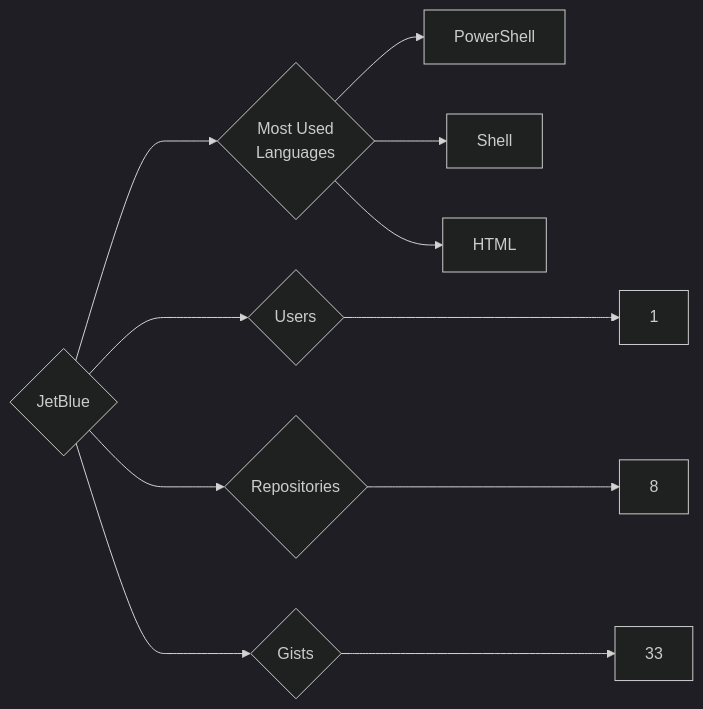
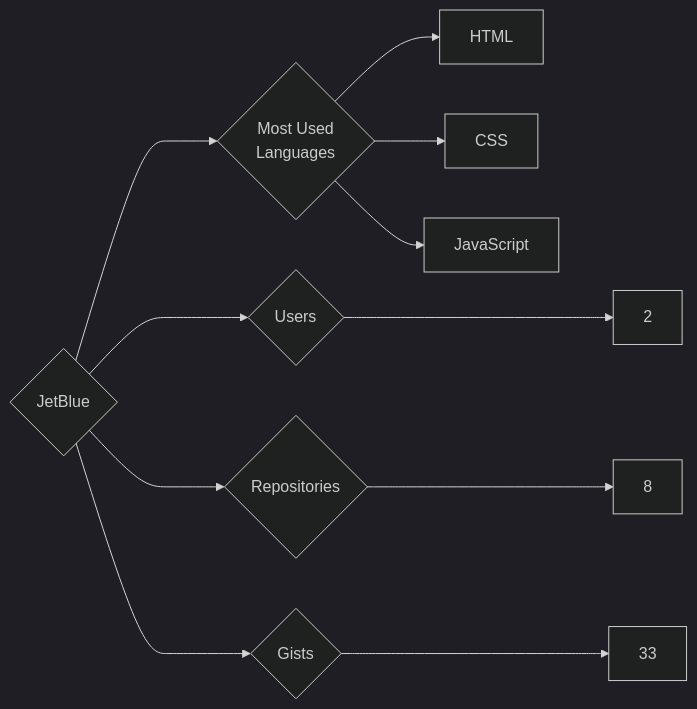
One commit to trickest/insiders changed the diagram in targets/JetBlue/README.md. Above: the diagram before and after it, drawn with Mermaid (dark theme). The commit also changed 681 other files, not shown here.

````diff
--- a/targets/JetBlue/README.md
+++ b/targets/JetBlue/README.md
@@ -3,11 +3,11 @@
 ```mermaid
 graph LR
 COMPANY_NAME{JetBlue}
-COMPANY_NAME ---> U{Users} ---> UN[1]
+COMPANY_NAME ---> U{Users} ---> UN[2]
 COMPANY_NAME ---> R{Repositories} ---> RN[8]
 COMPANY_NAME ---> G{Gists} ---> GN[33]
 COMPANY_NAME ---> ML{Most Used<br>Languages}
-ML --> PowerShell[PowerShell]
-ML --> Shell[Shell]
 ML --> HTML[HTML]
+ML --> CSS[CSS]
+ML --> JavaScript[JavaScript]
 ```
````
